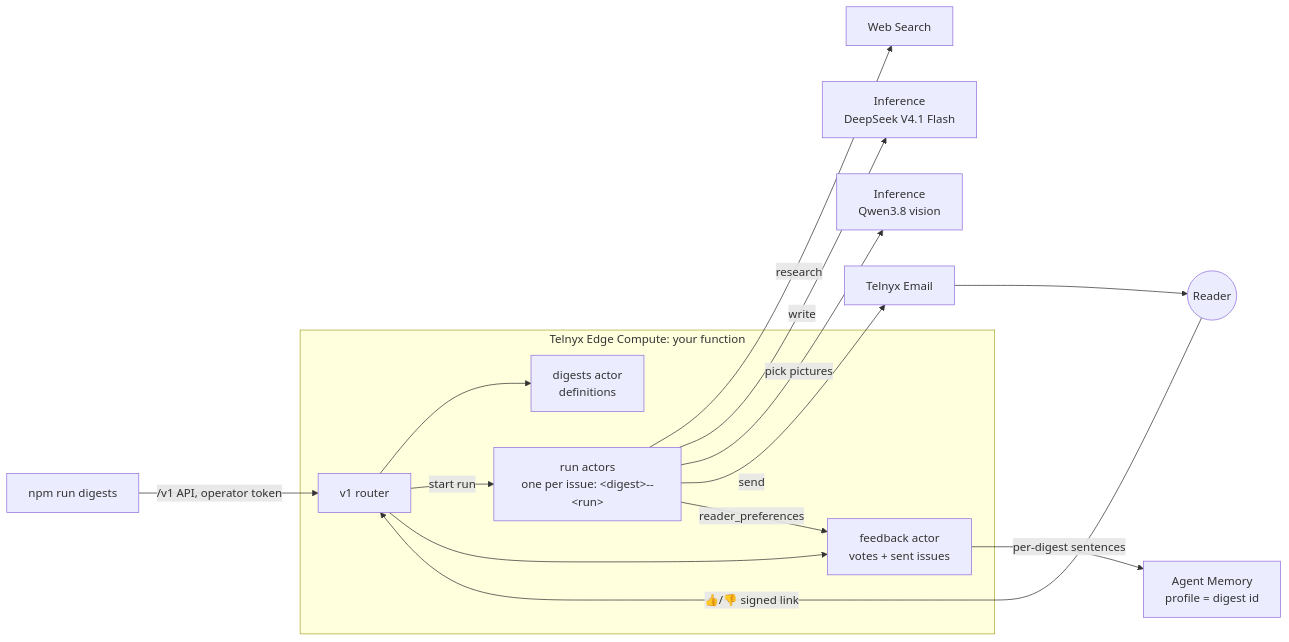
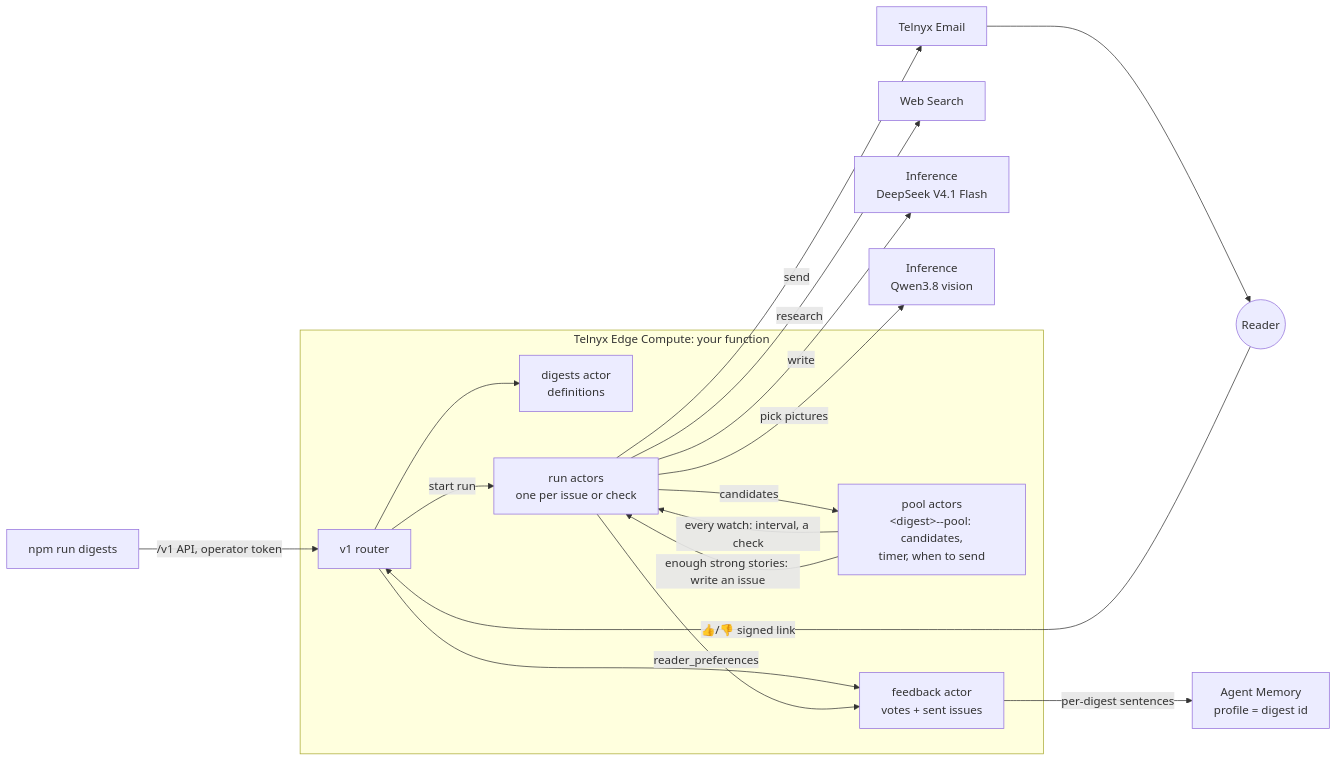
The diagram in README.md (kubaodias/ai-digest), drawn with Mermaid before and after one commit. The commit also changed other lines of this file and 20 other files, not shown here.

Commit message:
Rename scouting to watching: watch: setting, checks, /check, npm run digests -- watch; 0.5.0 names kept as aliases; README covers watching

````diff
--- a/README.md
+++ b/README.md
@@ -64,21 +67,25 @@
 ```mermaid
 flowchart LR
   CLI[npm run digests] -->|"/v1 API, operator token"| R
   subgraph EC[Telnyx Edge Compute: your function]
     R[v1 router]
     D[digests actor<br/>definitions]
-    A["run actors<br/>one per issue: &lt;digest&gt;--&lt;run&gt;"]
+    A["run actors<br/>one per issue or check"]
+    P["pool actors<br/>&lt;digest&gt;--pool: candidates,<br/>timer, when to send"]
     F[feedback actor<br/>votes + sent issues]
   end
   R --> D
   R -->|start run| A
+  P -->|"every watch: interval, a check"| A
+  A -->|candidates| P
+  P -->|"enough strong stories: write an issue"| A
   A -->|research| WS[Web Search]
   A -->|write| LLM[Inference<br/>DeepSeek V4.1 Flash]
   A -->|pick pictures| V[Inference<br/>Qwen3.8 vision]
   A -->|send| EM[Telnyx Email]
   EM --> Reader((Reader))
   Reader -->|"👍/👎 signed link"| R
   R --> F
   F -->|per-digest sentences| M[Agent Memory<br/>profile = digest id]
   A -->|reader_preferences| F
 ```
````
